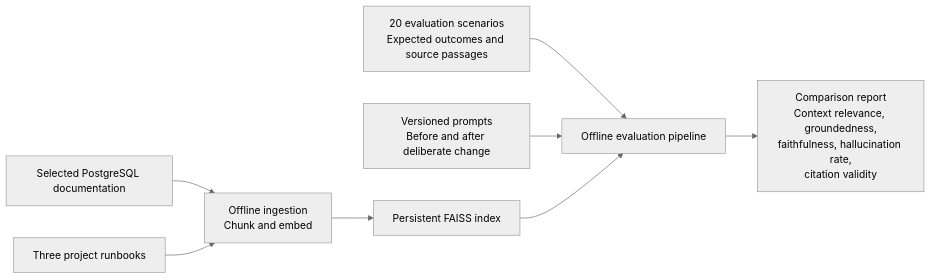
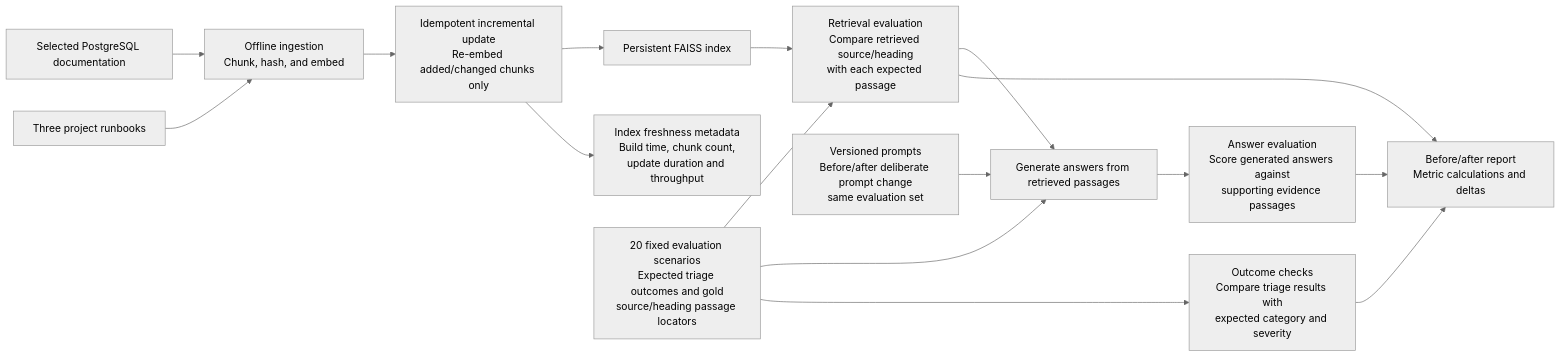
One commit to proindra/Production-Incident-Triage changed the third of 3 diagrams in README.md. Above: the diagram before and after it, drawn with Mermaid (neutral theme). The commit also changed other lines of this file and 1 other file, not shown here.

Commit message:
docs: clarify offline LLMOps evaluation

````diff
--- a/README.md
+++ b/README.md
@@ -163,18 +163,31 @@
 ```mermaid
 flowchart LR
     Docs[Selected PostgreSQL documentation]
     Runbooks[Three project runbooks]
-    Ingest[Offline ingestion<br/>Chunk and embed]
+    Ingest[Offline ingestion<br/>Chunk, hash, and embed]
     Index[Persistent FAISS index]
-    Scenarios[20 evaluation scenarios<br/>Expected outcomes and source passages]
-    Prompts[Versioned prompts<br/>Before and after deliberate change]
-    Evaluator[Offline evaluation pipeline]
-    Metrics[Comparison report<br/>Context relevance, groundedness,<br/>faithfulness, hallucination rate,<br/>citation validity]
+    Metadata[Index freshness metadata<br/>Build time, chunk count,<br/>update duration and throughput]
+    Update[Idempotent incremental update<br/>Re-embed added/changed chunks only]
+    Scenarios[20 fixed evaluation scenarios<br/>Expected triage outcomes and gold<br/>source/heading passage locators]
+    Retrieval[Retrieval evaluation<br/>Compare retrieved source/heading<br/>with each expected passage]
+    Prompts[Versioned prompts<br/>Before/after deliberate prompt change<br/>same evaluation set]
+    Generate[Generate answers from retrieved passages]
+    Answer[Answer evaluation<br/>Score generated answers against<br/>supporting evidence passages]
+    Outcomes[Outcome checks<br/>Compare triage results with<br/>expected category and severity]
+    Metrics[Before/after report<br/>Metric calculations and deltas]
 
     Docs --> Ingest
-    Runbooks --> Ingest --> Index
-    Scenarios --> Evaluator
-    Prompts --> Evaluator
-    Index --> Evaluator
-    Evaluator --> Metrics
+    Runbooks --> Ingest
+    Ingest --> Update --> Index
+    Update --> Metadata
+    Index --> Retrieval
+    Scenarios --> Retrieval
+    Retrieval --> Generate
+    Scenarios --> Generate
+    Prompts --> Generate
+    Generate --> Answer
+    Scenarios --> Outcomes
+    Answer --> Metrics
+    Retrieval --> Metrics
+    Outcomes --> Metrics
 ```
````
